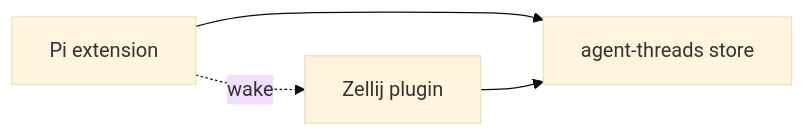
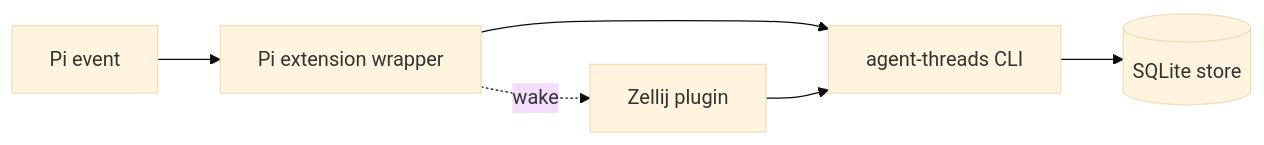
Before and after one commit to zenobi-us/zellij-agent-threads: the first of 6 diagrams in apps/docs/content/how-it-works.md, drawn with Mermaid (base theme). The commit also changed other lines of this file and 8 other files, not shown here.

````diff
--- a/apps/docs/content/how-it-works.md
+++ b/apps/docs/content/how-it-works.md
@@ -16,6 +22,8 @@
 ```mermaid
 flowchart LR
-  Pi[Pi extension] --> Store[agent-threads store]
-  Plugin[Zellij plugin] --> Store
-  Pi -. wake .-> Plugin
+  Pi[Pi event] --> Extension[Pi extension wrapper]
+  Extension --> CLI[agent-threads CLI]
+  CLI --> Store[(SQLite store)]
+  Plugin[Zellij plugin] --> CLI
+  Extension -. wake .-> Plugin
 ```
````
